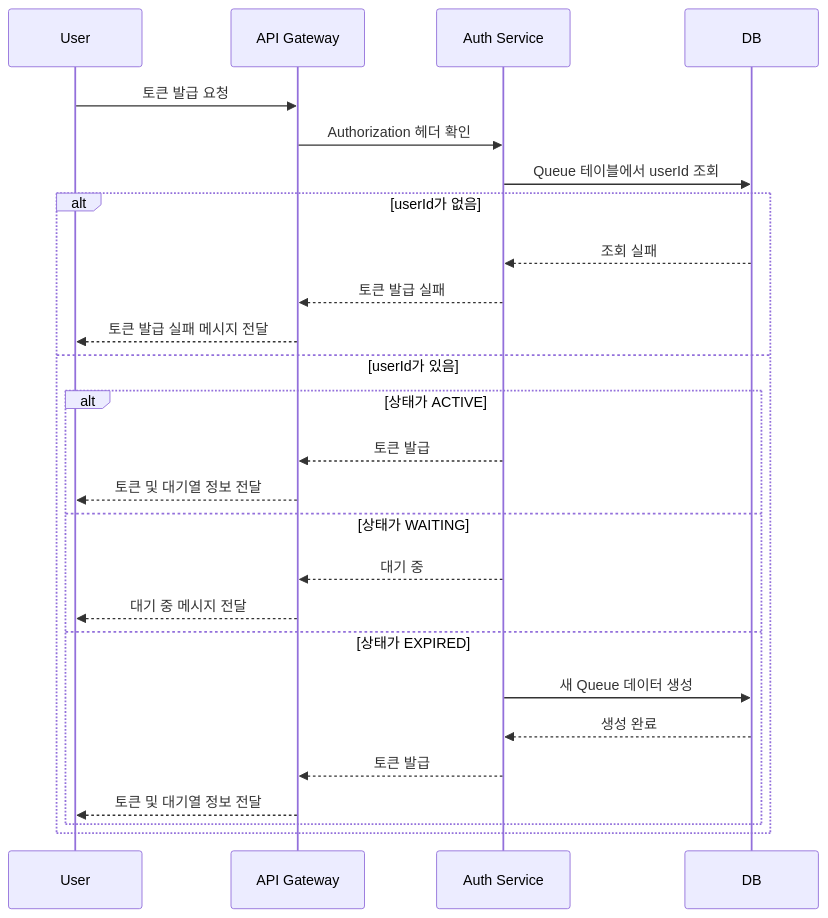
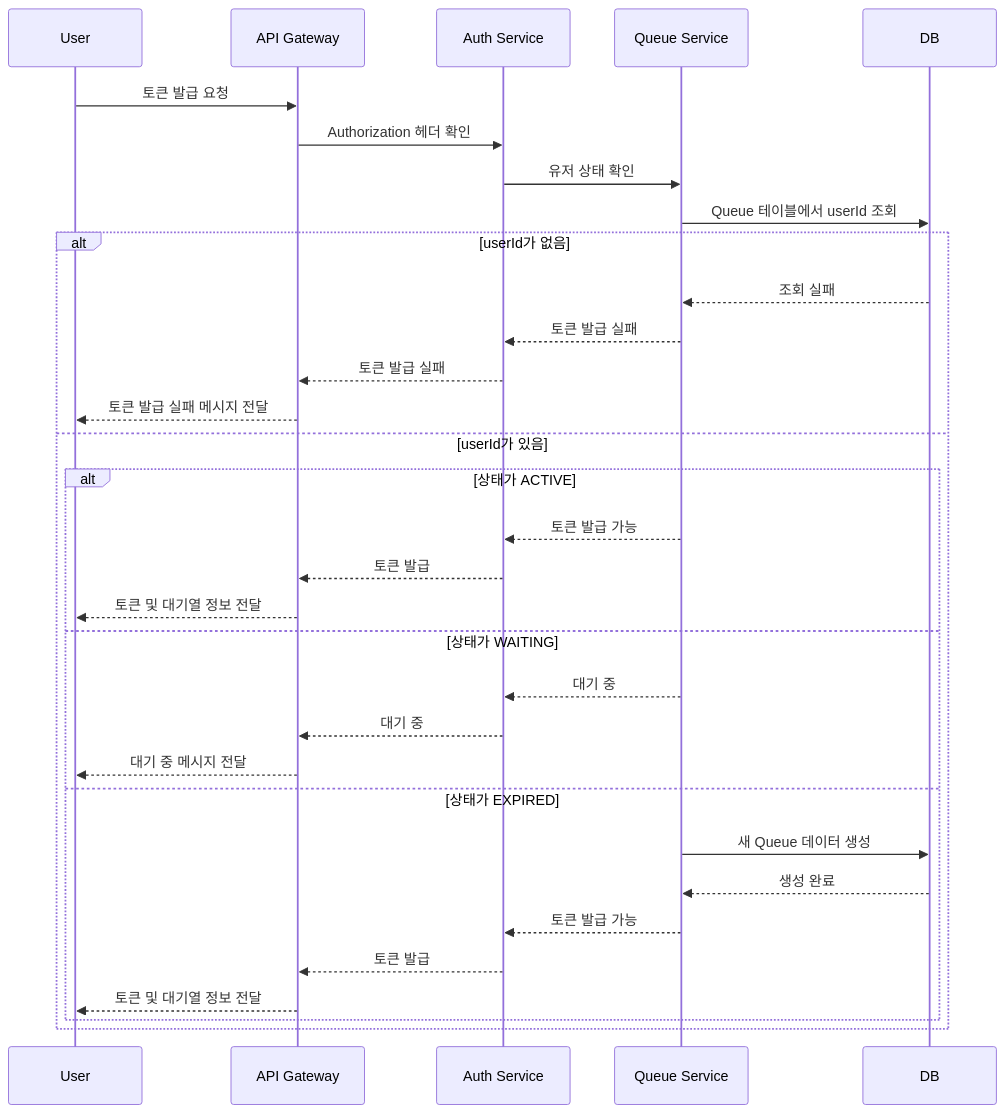
Before and after one commit to ghwoo93/hhplus-concert-3week: the second of 9 diagrams in README.md, drawn with Mermaid. The commit also changed other lines of this file, not shown here.

````diff
--- a/README.md
+++ b/README.md
@@ -246,29 +276,35 @@
 ```mermaid
 sequenceDiagram
     participant User
     participant API Gateway
     participant Auth Service
+    participant Queue Service
     participant DB
 
     User->>API Gateway: 토큰 발급 요청
     API Gateway->>Auth Service: Authorization 헤더 확인
-    Auth Service->>DB: Queue 테이블에서 userId 조회
+    Auth Service->>Queue Service: 유저 상태 확인
+    Queue Service->>DB: Queue 테이블에서 userId 조회
     alt userId가 없음
-        DB-->>Auth Service: 조회 실패
+        DB-->>Queue Service: 조회 실패
+        Queue Service-->>Auth Service: 토큰 발급 실패
         Auth Service-->>API Gateway: 토큰 발급 실패
         API Gateway-->>User: 토큰 발급 실패 메시지 전달
     else userId가 있음
         alt 상태가 ACTIVE
+            Queue Service-->>Auth Service: 토큰 발급 가능
             Auth Service-->>API Gateway: 토큰 발급
             API Gateway-->>User: 토큰 및 대기열 정보 전달
         else 상태가 WAITING
+            Queue Service-->>Auth Service: 대기 중
             Auth Service-->>API Gateway: 대기 중
             API Gateway-->>User: 대기 중 메시지 전달
         else 상태가 EXPIRED
-            Auth Service->>DB: 새 Queue 데이터 생성
-            DB-->>Auth Service: 생성 완료
+            Queue Service->>DB: 새 Queue 데이터 생성
+            DB-->>Queue Service: 생성 완료
+            Queue Service-->>Auth Service: 토큰 발급 가능
             Auth Service-->>API Gateway: 토큰 발급
             API Gateway-->>User: 토큰 및 대기열 정보 전달
         end
     end
 ```
````
